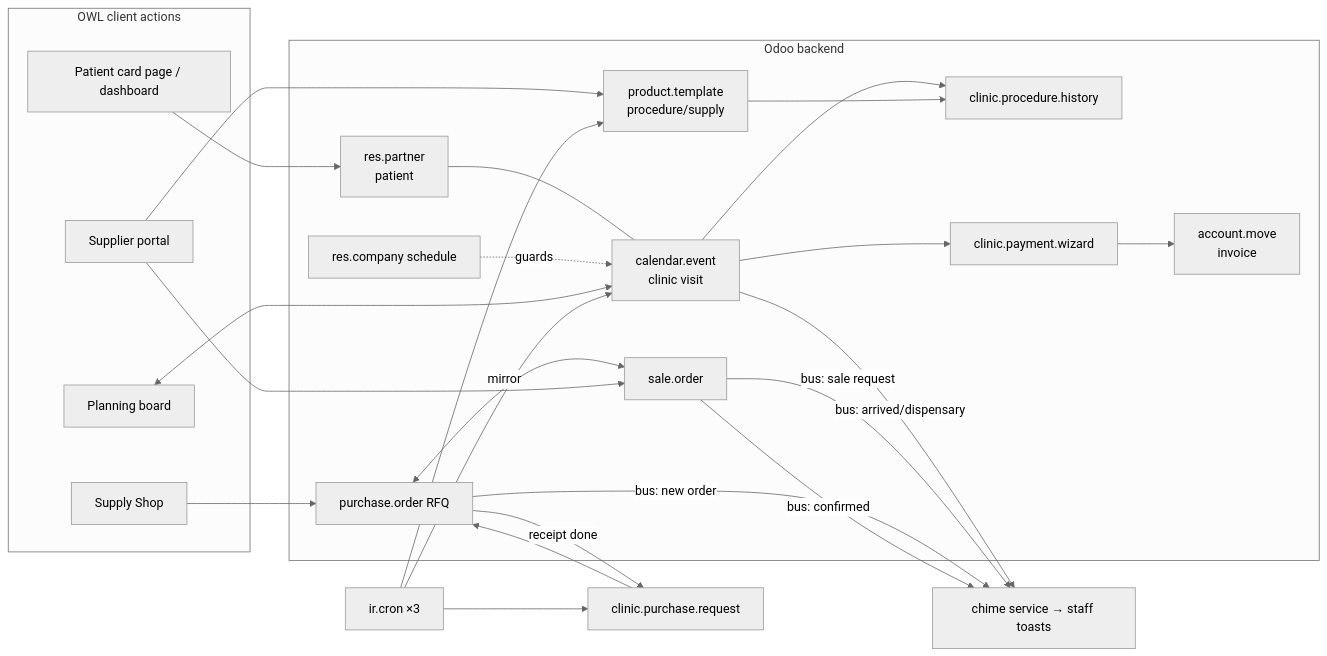
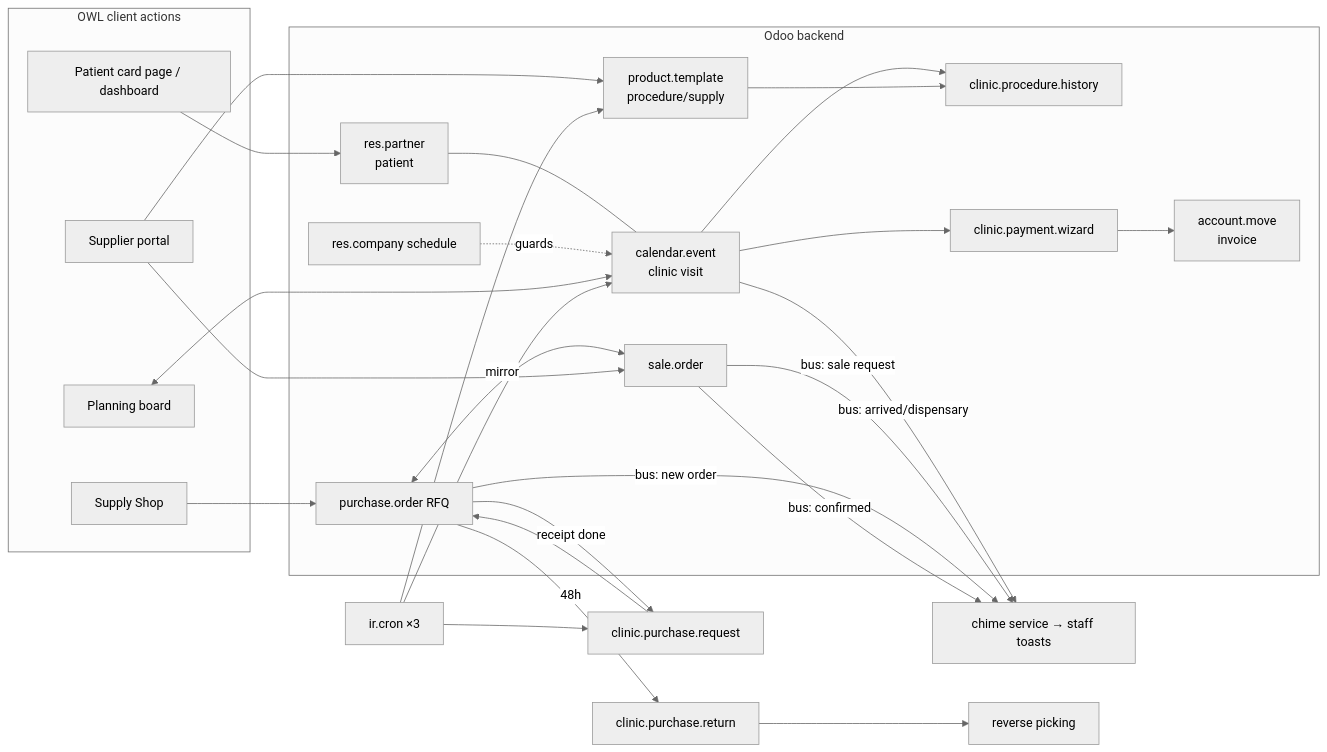
The diagram in docs/ARCHITECTURE.md (refreshg/clinic), drawn with Mermaid (neutral theme) before and after one commit. The commit also changed other lines of this file and 6 other files, not shown here.

````diff
--- a/docs/ARCHITECTURE.md
+++ b/docs/ARCHITECTURE.md
@@ -26,25 +29,26 @@
 ```mermaid
 flowchart LR
   subgraph Backend[Odoo backend]
     RP[res.partner<br/>patient] --- CE[calendar.event<br/>clinic visit]
     CE --> PH[clinic.procedure.history]
     CE --> PW[clinic.payment.wizard] --> AM[account.move<br/>invoice]
     CO[res.company schedule] -. guards .-> CE
     PT[product.template<br/>procedure/supply] --> PH
     PO[purchase.order RFQ] <-- mirror --> SO[sale.order]
   end
   subgraph OWL[OWL client actions]
     PB[Planning board] <--> CE
     SS[Supply Shop] --> PO
     SP[Supplier portal] --> PT
     SP --> SO
     PCP[Patient card page / dashboard] --> RP
   end
   CE -- bus: arrived/dispensary --> CH[chime service → staff toasts]
   SO -- bus: sale request --> CH
   PO -- bus: new order --> CH
   SO -- bus: confirmed --> CH
   PRQ[clinic.purchase.request] --> PO
+  PO -- 48h --> RET[clinic.purchase.return] --> ST[reverse picking]
   PO -- receipt done --> PRQ
   CRON[ir.cron ×3] --> CE & PT & PRQ
 ```
````
